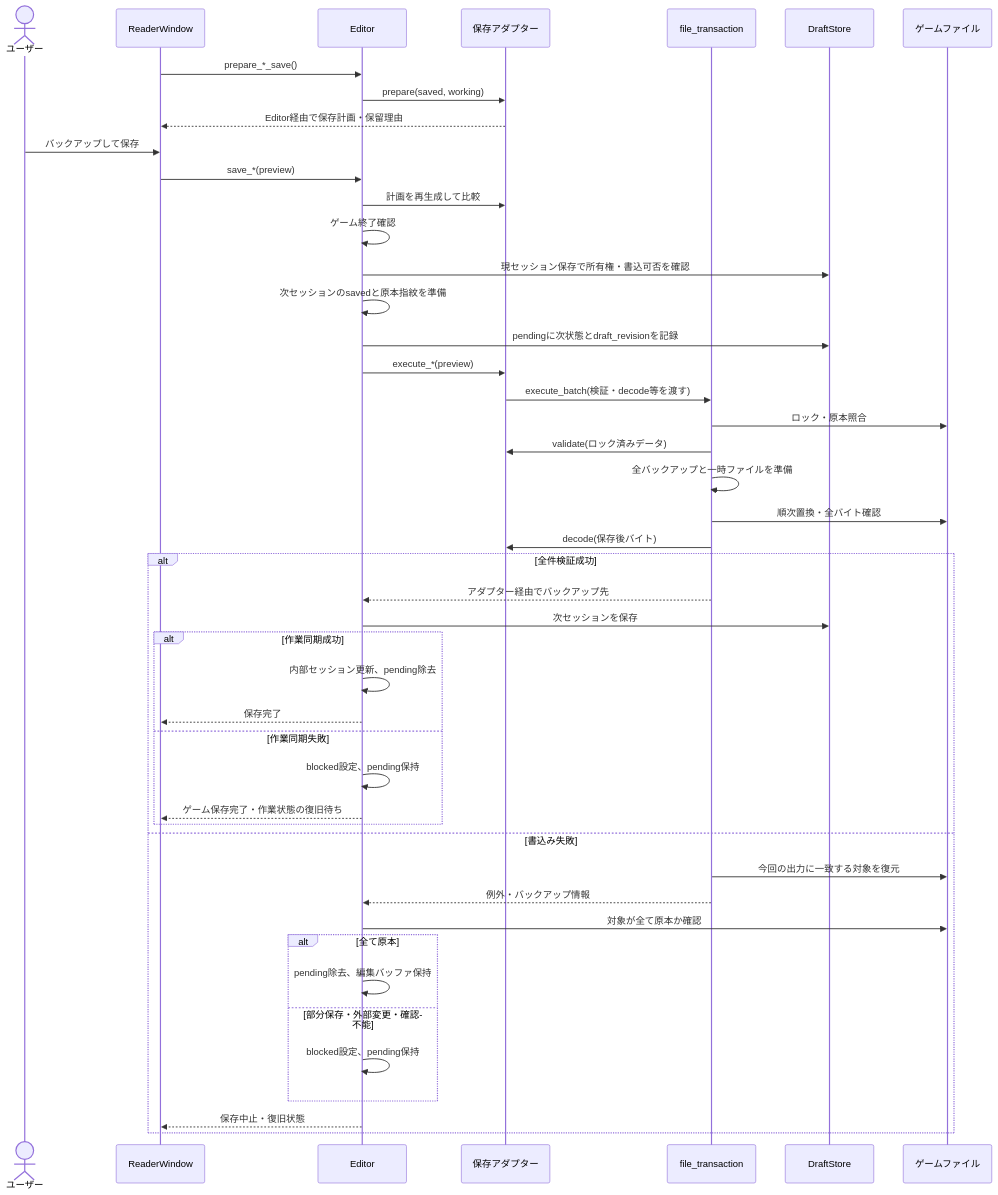
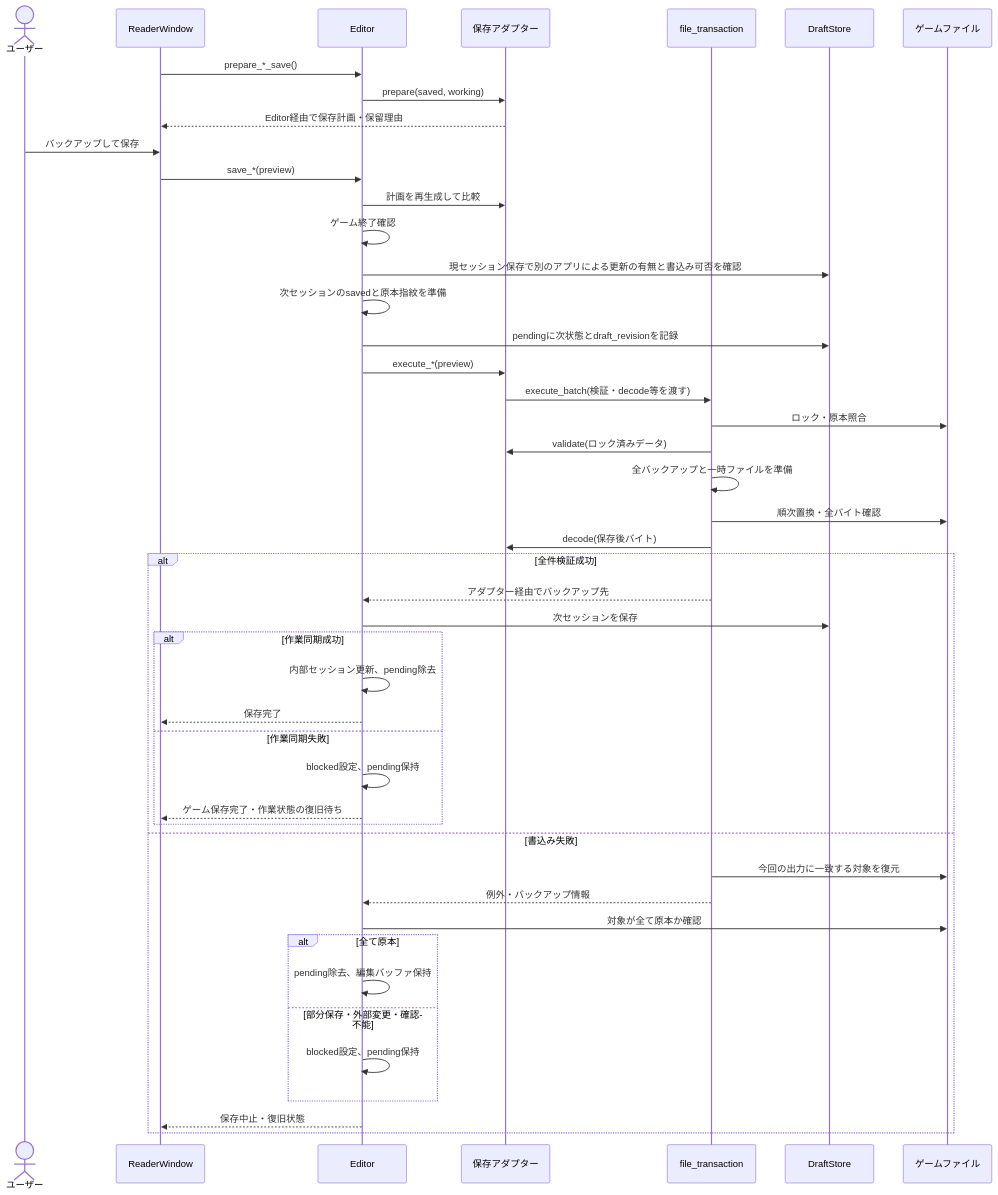
One commit to naomine-biz/ff11-macro-equip-manager changed the fifth of 5 diagrams in docs/editing-uml.md. Above: the diagram before and after it, drawn with Mermaid. The commit also changed other lines of this file and 13 other files, not shown here.

````diff
--- a/docs/editing-uml.md
+++ b/docs/editing-uml.md
@@ -436,48 +436,48 @@
 ```mermaid
 sequenceDiagram
 actor User as ユーザー
 participant UI as ReaderWindow
 participant E as Editor
 participant A as 保存アダプター
 participant T as file_transaction
 participant D as DraftStore
 participant F as ゲームファイル
 UI->>E: prepare_*_save()
 E->>A: prepare(saved, working)
 A-->>UI: Editor経由で保存計画・保留理由
 User->>UI: バックアップして保存
 UI->>E: save_*(preview)
 E->>A: 計画を再生成して比較
 E->>E: ゲーム終了確認
-E->>D: 現セッション保存で所有権・書込可否を確認
+E->>D: 現セッション保存で別のアプリによる更新の有無と書込み可否を確認
 E->>E: 次セッションのsavedと原本指紋を準備
 E->>D: pendingに次状態とdraft_revisionを記録
 E->>A: execute_*(preview)
 A->>T: execute_batch(検証・decode等を渡す)
 T->>F: ロック・原本照合
 T->>A: validate(ロック済みデータ)
 T->>T: 全バックアップと一時ファイルを準備
 T->>F: 順次置換・全バイト確認
 T->>A: decode(保存後バイト)
 alt 全件検証成功
  T-->>E: アダプター経由でバックアップ先
  E->>D: 次セッションを保存
  alt 作業同期成功
   E->>E: 内部セッション更新、pending除去
   E-->>UI: 保存完了
  else 作業同期失敗
   E->>E: blocked設定、pending保持
   E-->>UI: ゲーム保存完了・作業状態の復旧待ち
  end
 else 書込み失敗
  T->>F: 今回の出力に一致する対象を復元
  T-->>E: 例外・バックアップ情報
  E->>F: 対象が全て原本か確認
  alt 全て原本
   E->>E: pending除去、編集バッファ保持
  else 部分保存・外部変更・確認不能
   E->>E: blocked設定、pending保持
  end
  E-->>UI: 保存中止・復旧状態
 end
 ```
````
